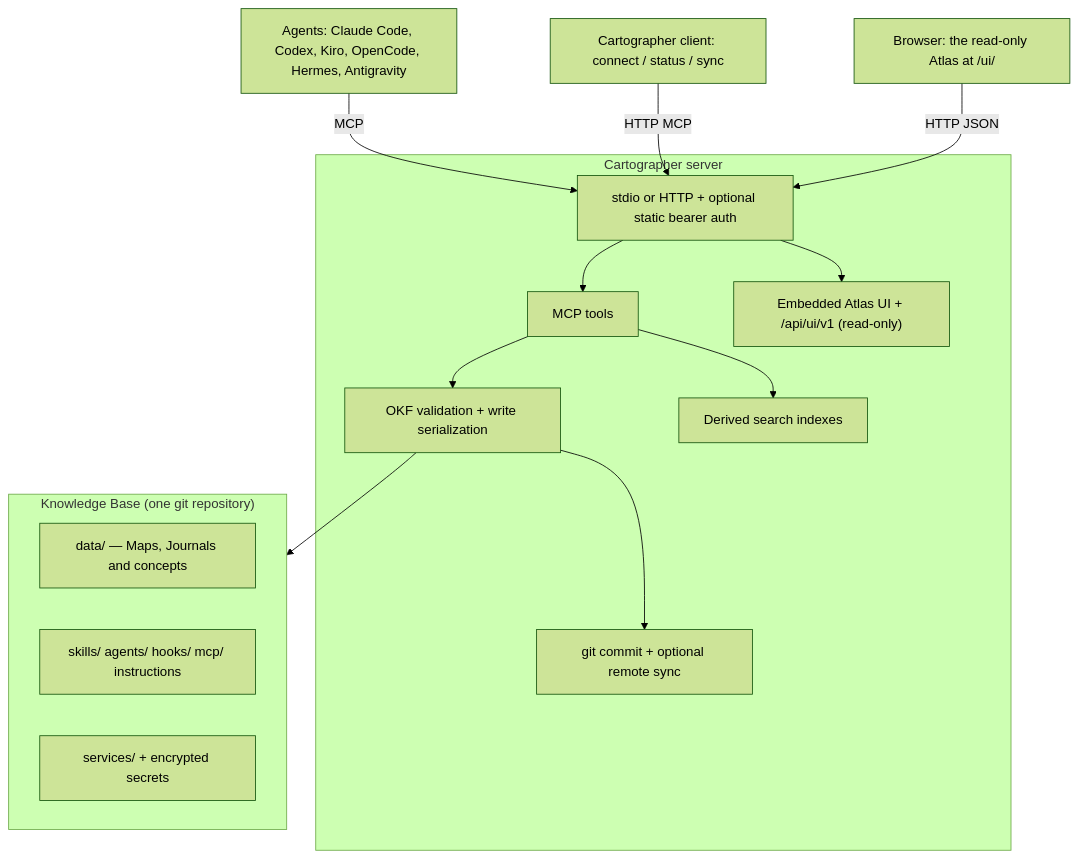
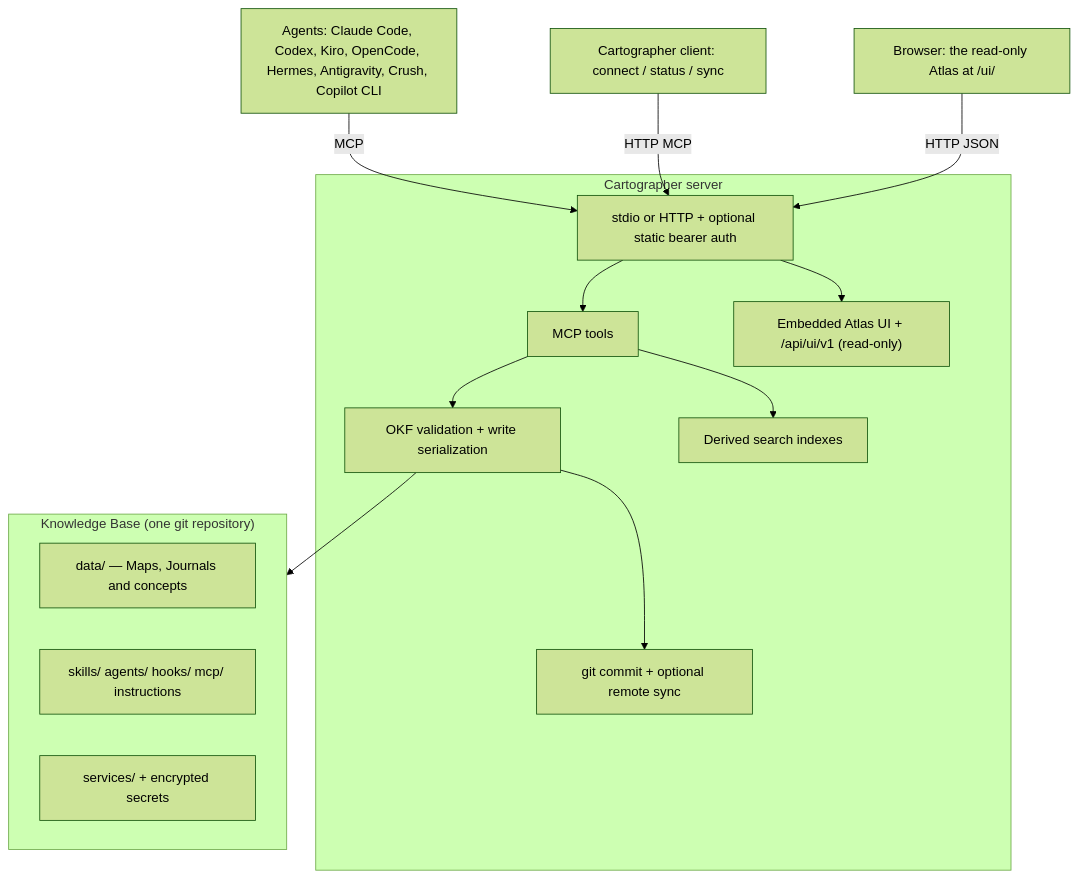
The diagram in docs/overview.md (BeppeTemp/cartographer), drawn with Mermaid (forest theme) before and after one commit. The commit also changed 38 other files, not shown here.

First line of the commit message:
feat(configurator): GitHub Copilot CLI as a supported provider (D676) (#679)

````diff
--- a/docs/overview.md
+++ b/docs/overview.md
@@ -48,28 +48,28 @@
 ```mermaid
 flowchart TB
-    A["Agents: Claude Code, Codex, Kiro, OpenCode, Hermes, Antigravity"]
+    A["Agents: Claude Code, Codex, Kiro, OpenCode, Hermes, Antigravity, Crush, Copilot CLI"]
     C["Cartographer client: connect / status / sync"]
     B["Browser: the read-only Atlas at /ui/"]
 
     subgraph S["Cartographer server"]
         T["stdio or HTTP + optional static bearer auth"]
         M["MCP tools"]
         W["Embedded Atlas UI + /api/ui/v1 (read-only)"]
         V["OKF validation + write serialization"]
         I["Derived search indexes"]
         G["git commit + optional remote sync"]
     end
 
     subgraph K["Knowledge Base (one git repository)"]
         D["data/ — Maps, Journals and concepts"]
         P["skills/ agents/ hooks/ mcp/ instructions"]
         X["services/ + encrypted secrets"]
     end
 
     A -->|MCP| T --> M
     C -->|HTTP MCP| T
     B -->|HTTP JSON| T --> W
     M --> V --> K
     M --> I
     V --> G
 ```
````
